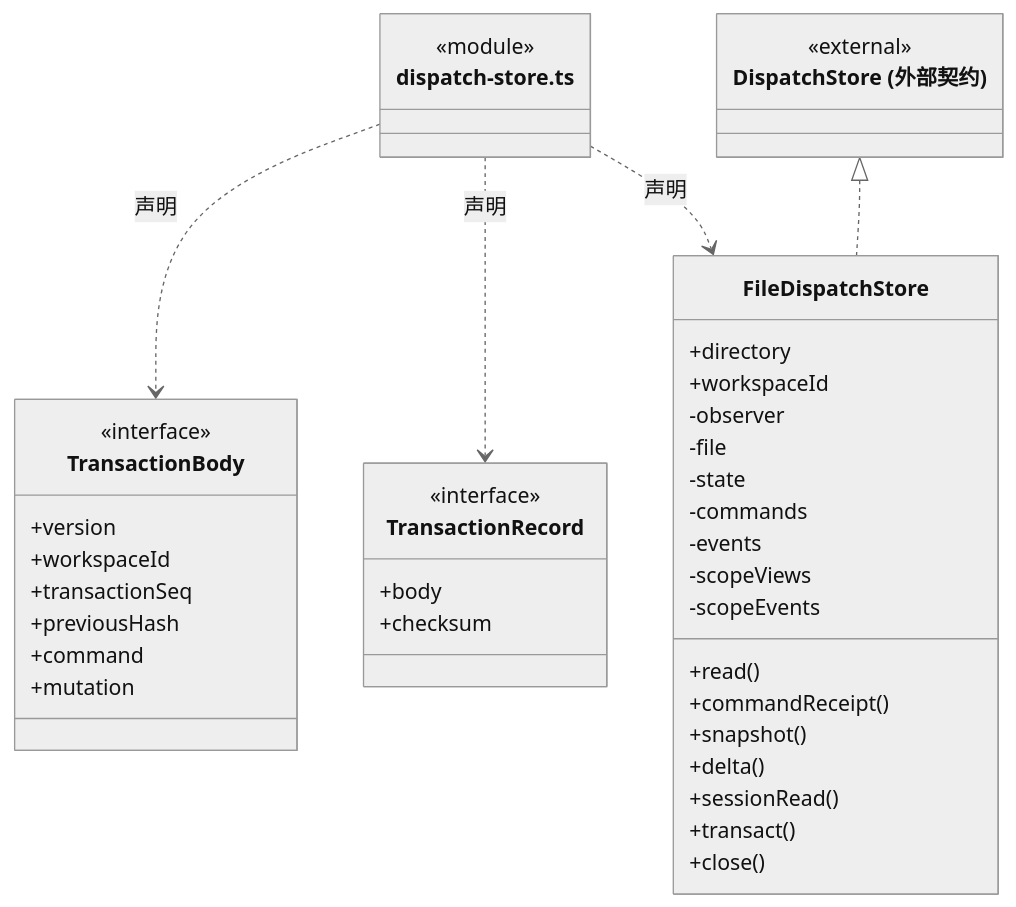
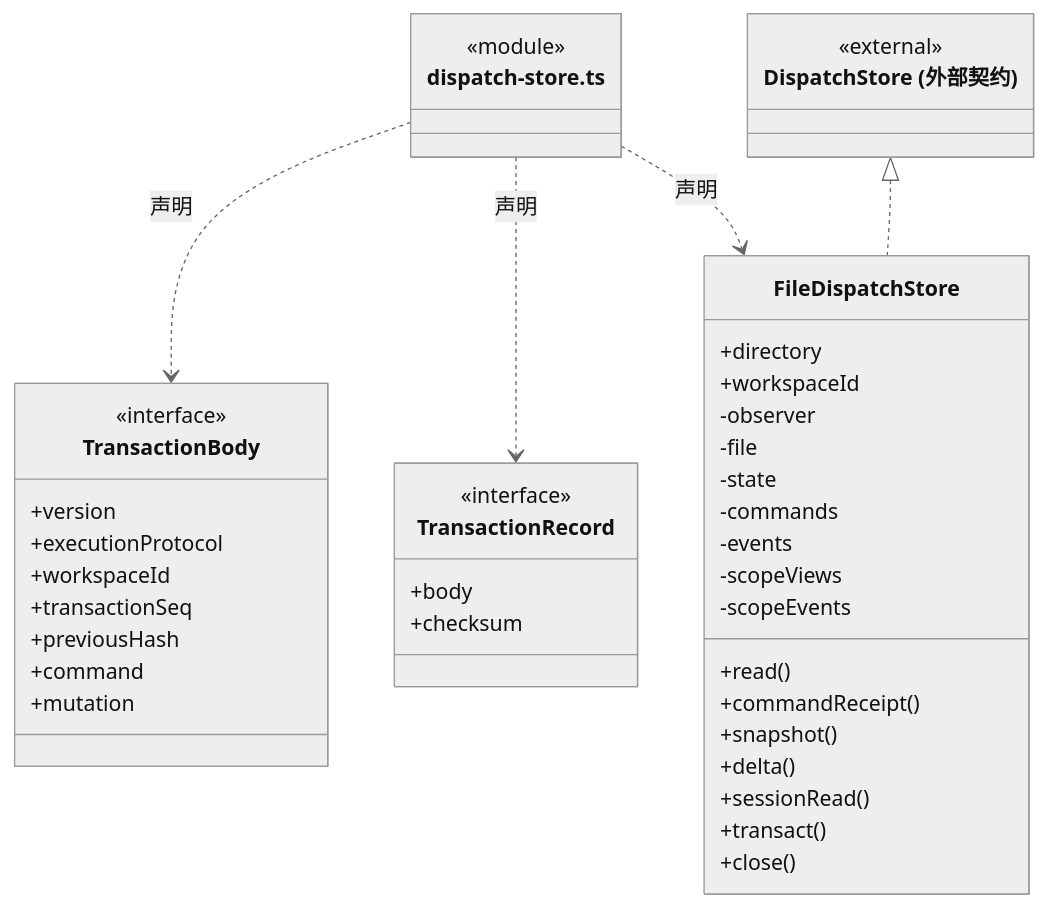
Before and after one commit to nan023062/cbim: the seventh of 13 diagrams in src/backend/main/persistence/tasks/ARCHITECTURE.md, drawn with Mermaid (neutral theme). The commit also changed other lines of this file and 224 other files, not shown here.

````diff
--- a/src/backend/main/persistence/tasks/ARCHITECTURE.md
+++ b/src/backend/main/persistence/tasks/ARCHITECTURE.md
@@ -161,45 +161,46 @@
 ```mermaid
 classDiagram
 class N_src_backend_main_persistence_tasks_dispatch_store_ts["dispatch-store.ts"] {
   <<module>>
 }
 class N_src_backend_main_persistence_tasks_dispatch_store_ts_TransactionBody["TransactionBody"] {
   <<interface>>
   +version
+  +executionProtocol
   +workspaceId
   +transactionSeq
   +previousHash
   +command
   +mutation
 }
 N_src_backend_main_persistence_tasks_dispatch_store_ts ..> N_src_backend_main_persistence_tasks_dispatch_store_ts_TransactionBody : 声明
 class N_src_backend_main_persistence_tasks_dispatch_store_ts_TransactionRecord["TransactionRecord"] {
   <<interface>>
   +body
   +checksum
 }
 N_src_backend_main_persistence_tasks_dispatch_store_ts ..> N_src_backend_main_persistence_tasks_dispatch_store_ts_TransactionRecord : 声明
 class N_src_backend_main_persistence_tasks_dispatch_store_ts_FileDispatchStore["FileDispatchStore"] {
   +directory
   +workspaceId
   +read()
   +commandReceipt()
   +snapshot()
   +delta()
   +sessionRead()
   +transact()
   +close()
   -observer
   -file
   -state
   -commands
   -events
   -scopeViews
   -scopeEvents
 }
 N_src_backend_main_persistence_tasks_dispatch_store_ts ..> N_src_backend_main_persistence_tasks_dispatch_store_ts_FileDispatchStore : 声明
 class N_src_backend_main_persistence_tasks_dispatch_store_ts_external_DispatchStore["DispatchStore (外部契约)"] {
   <<external>>
 }
 N_src_backend_main_persistence_tasks_dispatch_store_ts_external_DispatchStore <|.. N_src_backend_main_persistence_tasks_dispatch_store_ts_FileDispatchStore
 ```
````
